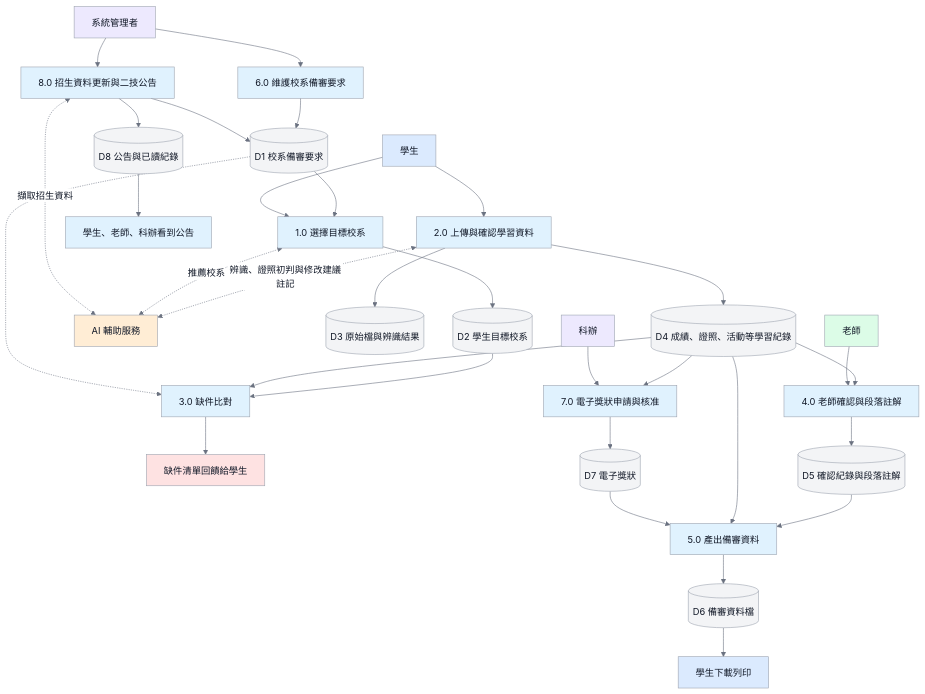
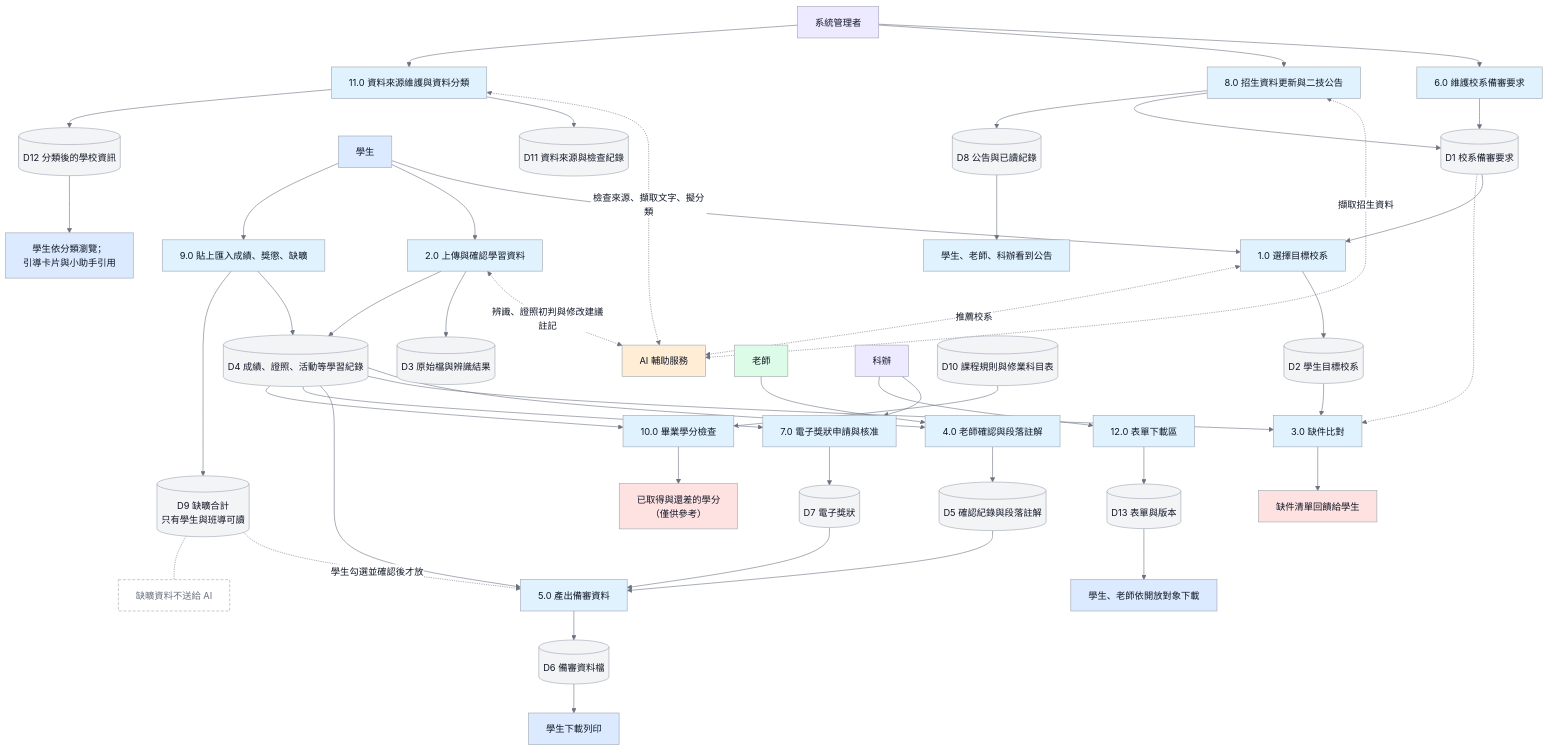
One commit to vujhdcusa/1028 changed the diagram in docs/images/D-06-dfd.mmd. Above: the diagram before and after it, drawn with Mermaid. The commit also changed 56 other files, not shown here.

First line of the commit message:
規格書依 10-10 定案大改：功能確認總表 10-10 版、圖號從頭重排、新增學校資料匯入與官網資料來源流程圖、ERD 拆三張；微學分與帳號密碼更正

```diff
--- a/docs/images/D-06-dfd.mmd
+++ b/docs/images/D-06-dfd.mmd
@@ -1,41 +1,57 @@
 %%{init: {'theme':'base','themeVariables': {'fontFamily':'Microsoft JhengHei, Noto Sans TC, Arial, sans-serif','primaryColor':'#F3F4F6','primaryTextColor':'#111827','primaryBorderColor':'#9CA3AF','lineColor':'#6B7280','edgeLabelBackground':'#FFFFFF'},'flowchart':{'wrappingWidth':400}}}%%
 flowchart TD
     classDef student fill:#DBEAFE,stroke:#9CA3AF,color:#111827,stroke-width:1px;
     classDef teacher fill:#DCFCE7,stroke:#9CA3AF,color:#111827,stroke-width:1px;
     classDef admin fill:#EDE9FE,stroke:#9CA3AF,color:#111827,stroke-width:1px;
     classDef system fill:#E0F2FE,stroke:#9CA3AF,color:#111827,stroke-width:1px;
     classDef store fill:#F3F4F6,stroke:#9CA3AF,color:#111827,stroke-width:1px;
     classDef ai fill:#FFEDD5,stroke:#9CA3AF,color:#111827,stroke-width:1px;
     classDef alert fill:#FEE2E2,stroke:#9CA3AF,color:#111827,stroke-width:1px;
     classDef pending fill:#FFFFFF,stroke:#9CA3AF,color:#6B7280,stroke-width:1px,stroke-dasharray:5 3;
 
     Admin[系統管理者]:::admin --> P6[6.0 維護校系備審要求]:::system
     P6 --> D1[(D1 校系備審要求)]:::store
     D1 --> P1[1.0 選擇目標校系]:::system
     Student[學生]:::student --> P1
     P1 --> D2[(D2 學生目標校系)]:::store
     Student --> P2[2.0 上傳與確認學習資料]:::system
     P2 <-. 辨識、證照初判與修改建議註記 .-> AI[AI 輔助服務]:::ai
     P1 <-. 推薦校系 .-> AI
     P2 --> D3[(D3 原始檔與辨識結果)]:::store
     P2 --> D4[(D4 成績、證照、活動等學習紀錄)]:::store
     D2 --> P3[3.0 缺件比對]:::system
     D4 --> P3
     D1 -.-> P3
     P3 --> Gap[缺件清單回饋給學生]:::alert
     D4 --> P4[4.0 老師確認與段落註解]:::system
     Teacher[老師]:::teacher --> P4
     P4 --> D5[(D5 確認紀錄與段落註解)]:::store
     D5 --> P5[5.0 產出備審資料]:::system
     D4 --> P5
     P5 --> D6[(D6 備審資料檔)]:::store
     D6 --> Download[學生下載列印]:::student
     D4 --> P7[7.0 電子獎狀申請與核准]:::system
     Staff[科辦]:::admin --> P7
     P7 --> D7[(D7 電子獎狀)]:::store
     D7 --> P5
     Admin --> P8[8.0 招生資料更新與二技公告]:::system
     P8 <-. 擷取招生資料 .-> AI
     P8 --> D1
     P8 --> D8[(D8 公告與已讀紀錄)]:::store
     D8 --> Notice[學生、老師、科辦看到公告]:::system
+    Student --> P9[9.0 貼上匯入成績、獎懲、缺曠]:::system
+    P9 --> D4
+    P9 --> D9[(D9 缺曠合計<br/>只有學生與班導可讀)]:::store
+    D9 -. 學生勾選並確認後才放 .-> P5
+    D9 -.- NoAI[缺曠資料不送給 AI]:::pending
+    D4 --> P10[10.0 畢業學分檢查]:::system
+    D10[(D10 課程規則與修業科目表)]:::store --> P10
+    P10 --> Credit[已取得與還差的學分<br/>（僅供參考）]:::alert
+    Admin --> P11[11.0 資料來源維護與資料分類]:::system
+    P11 <-. 檢查來源、擷取文字、擬分類 .-> AI
+    P11 --> D11[(D11 資料來源與檢查紀錄)]:::store
+    P11 --> D12[(D12 分類後的學校資訊)]:::store
+    D12 --> Browse[學生依分類瀏覽；<br/>引導卡片與小助手引用]:::student
+    Staff --> P12[12.0 表單下載區]:::system
+    P12 --> D13[(D13 表單與版本)]:::store
+    D13 --> FormDL[學生、老師依開放對象下載]:::student
```
